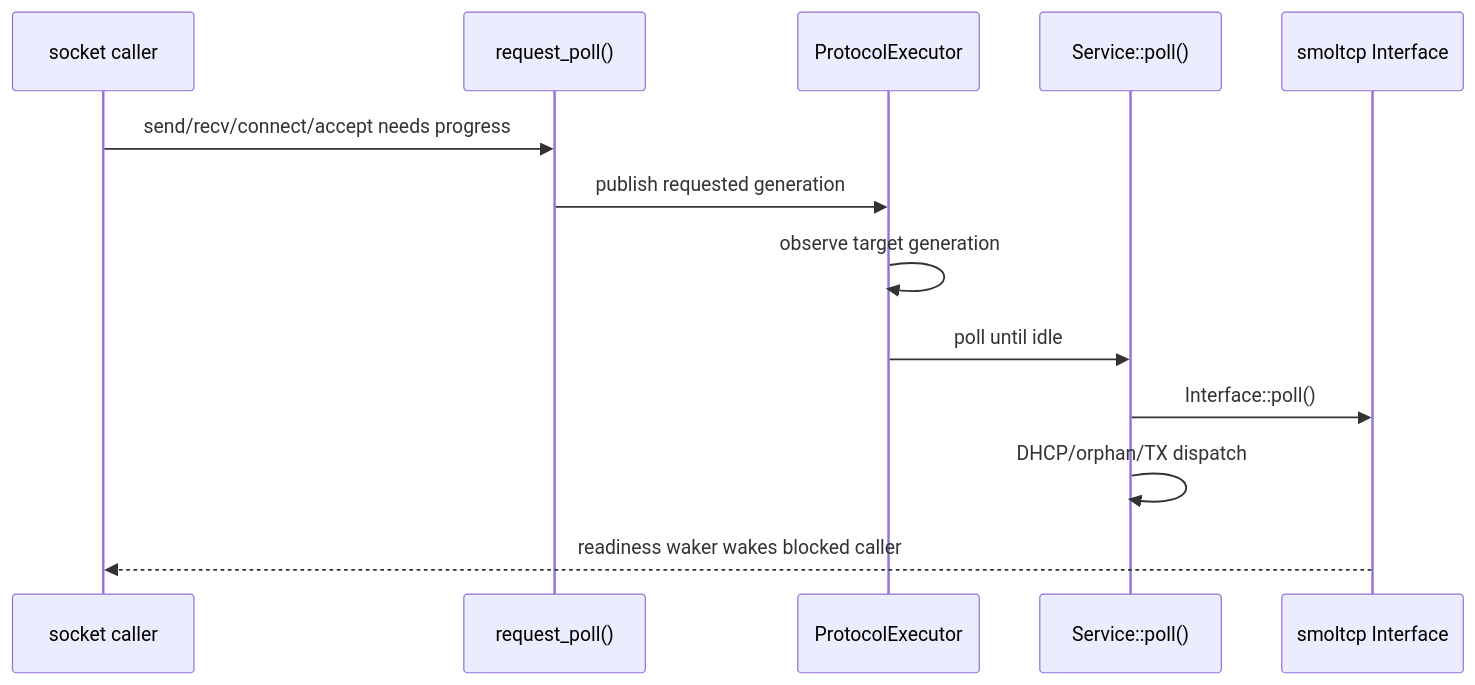
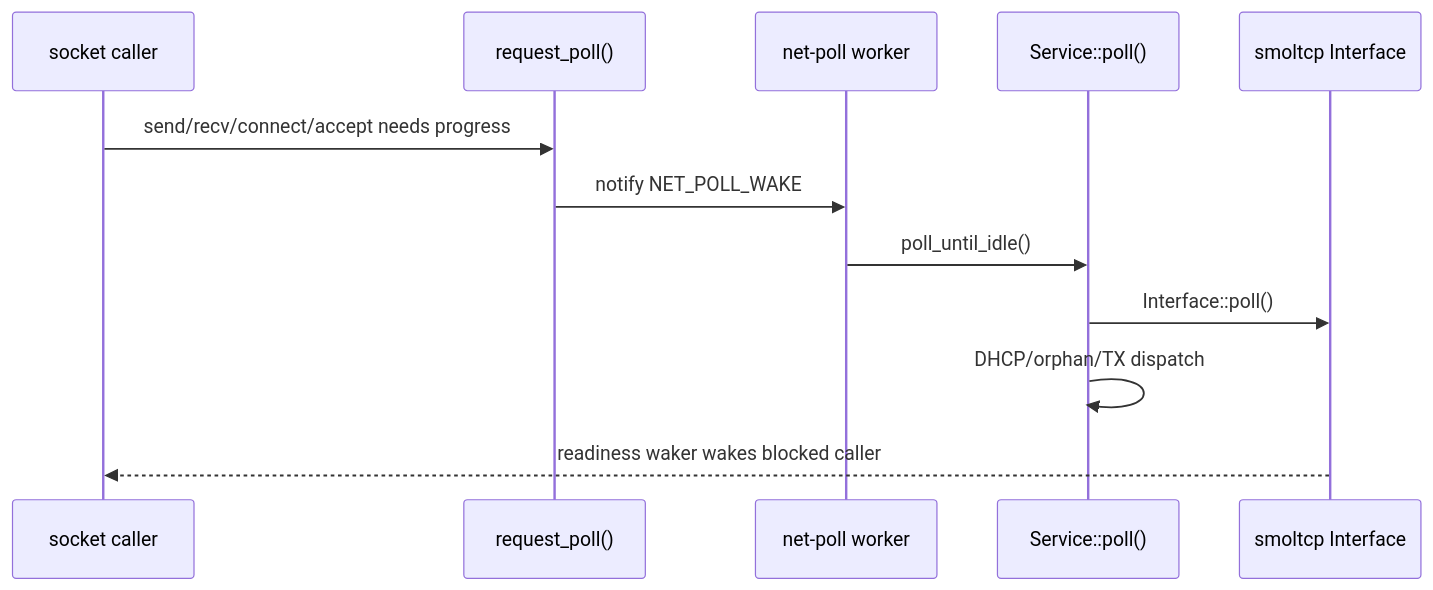
The third of 5 diagrams in docs/docs/architecture/net/architecture.md (Dirinkbottle/tgoskits), drawn with Mermaid before and after one commit. The commit also changed other lines of this file and 3840 other files, not shown here.

````diff
--- a/docs/docs/architecture/net/architecture.md
+++ b/docs/docs/architecture/net/architecture.md
@@ -173,16 +253,15 @@
 ```mermaid
 sequenceDiagram
     participant App as socket caller
     participant Wake as request_poll()
-    participant Worker as ProtocolExecutor
+    participant Worker as net-poll worker
     participant Service as Service::poll()
     participant Smol as smoltcp Interface
 
     App->>Wake: send/recv/connect/accept needs progress
-    Wake->>Worker: publish requested generation
-    Worker->>Worker: observe target generation
-    Worker->>Service: poll until idle
+    Wake->>Worker: notify NET_POLL_WAKE
+    Worker->>Service: poll_until_idle()
     Service->>Smol: Interface::poll()
     Service->>Service: DHCP/orphan/TX dispatch
     Smol-->>App: readiness waker wakes blocked caller
 ```
````
